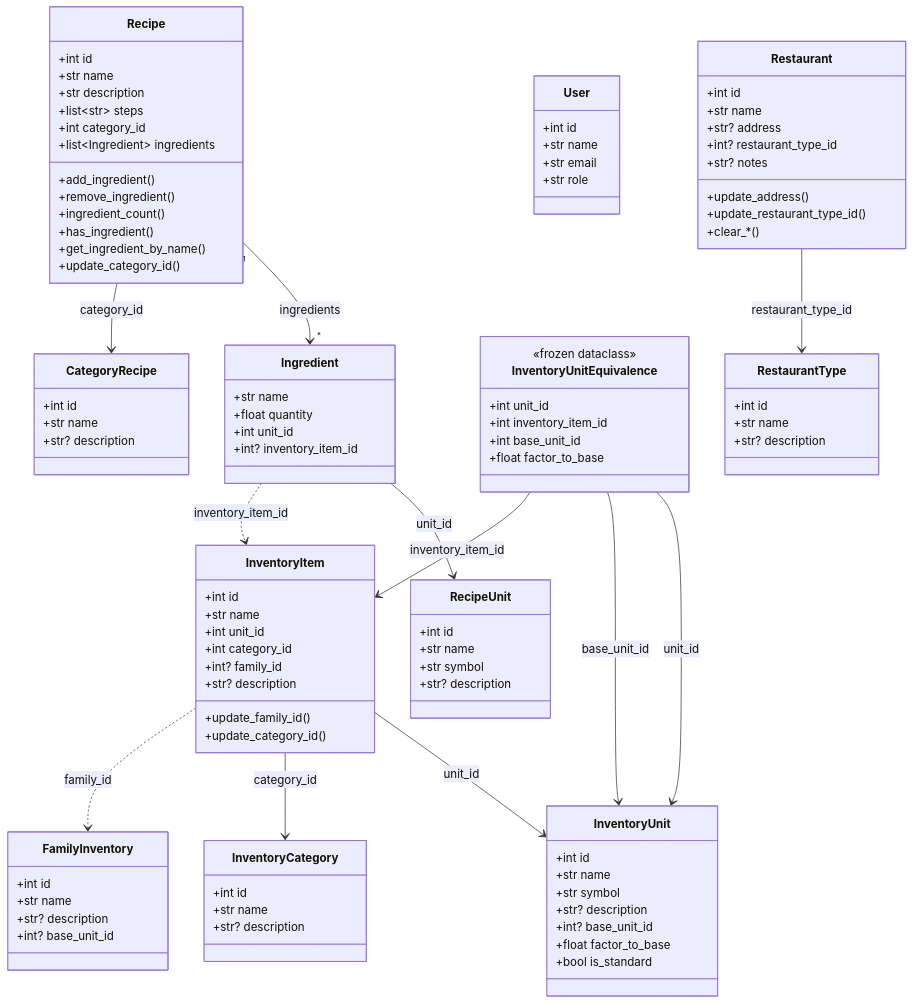
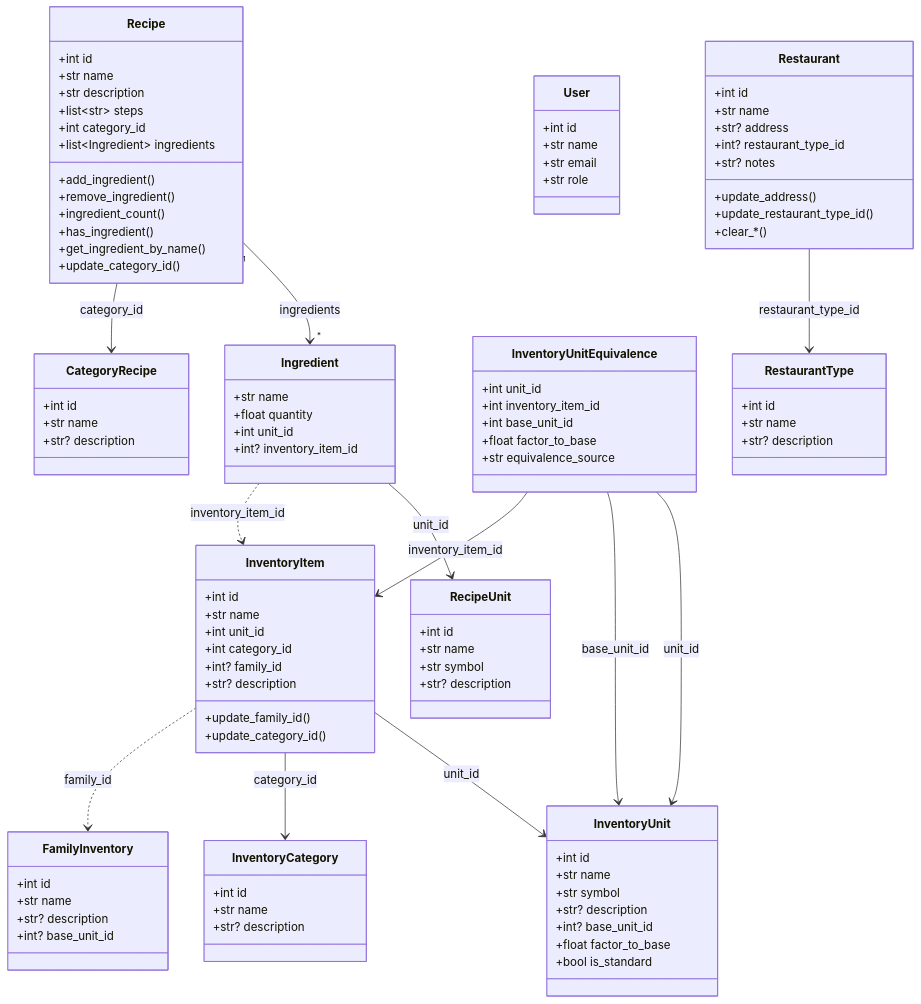
Before and after one commit to Alanbahena/zenet-mvp-jupyter: the second of 4 diagrams in docs/Architecture/architecture-data-model.md, drawn with Mermaid. The commit also changed other lines of this file and 5 other files, not shown here.

Commit message:
architecture and documentation updated

```diff
--- a/docs/Architecture/architecture-data-model.md
+++ b/docs/Architecture/architecture-data-model.md
@@ -136,11 +136,11 @@
         +update_category_id()
     }
     class InventoryUnitEquivalence {
-        <<frozen dataclass>>
         +int unit_id
         +int inventory_item_id
         +int base_unit_id
         +float factor_to_base
+        +str equivalence_source
     }
     class Ingredient {
         +str name
```
